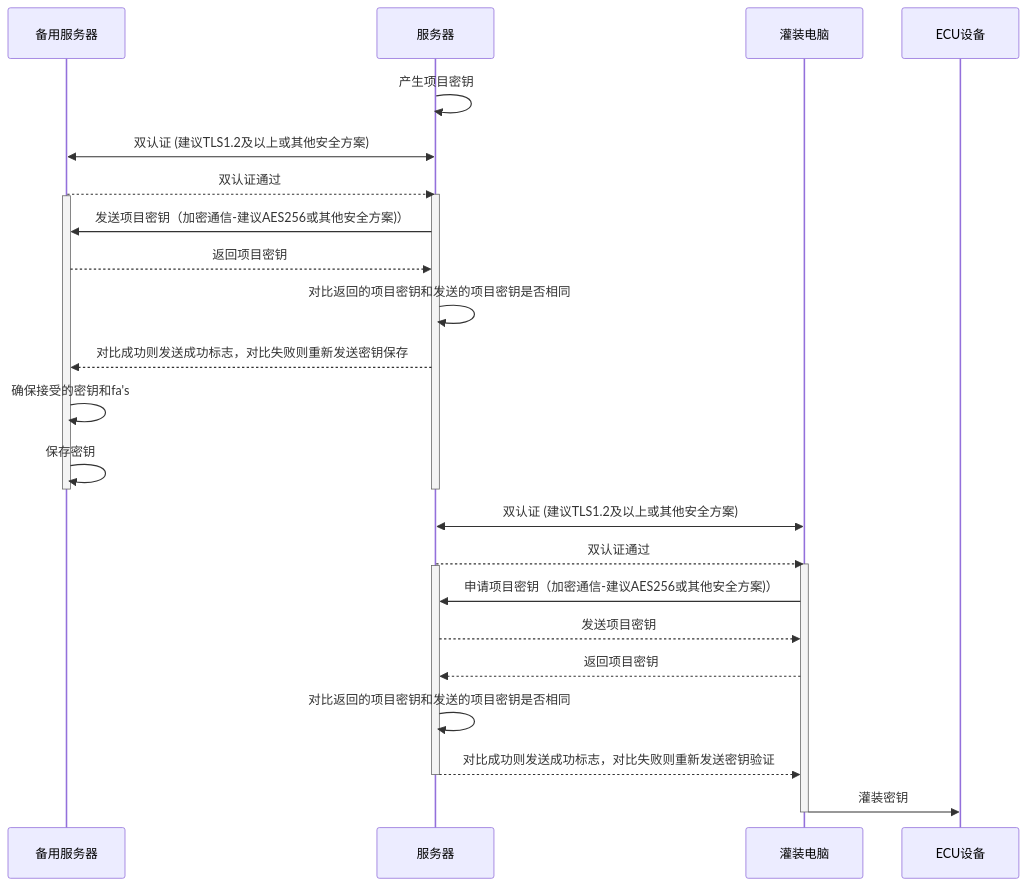
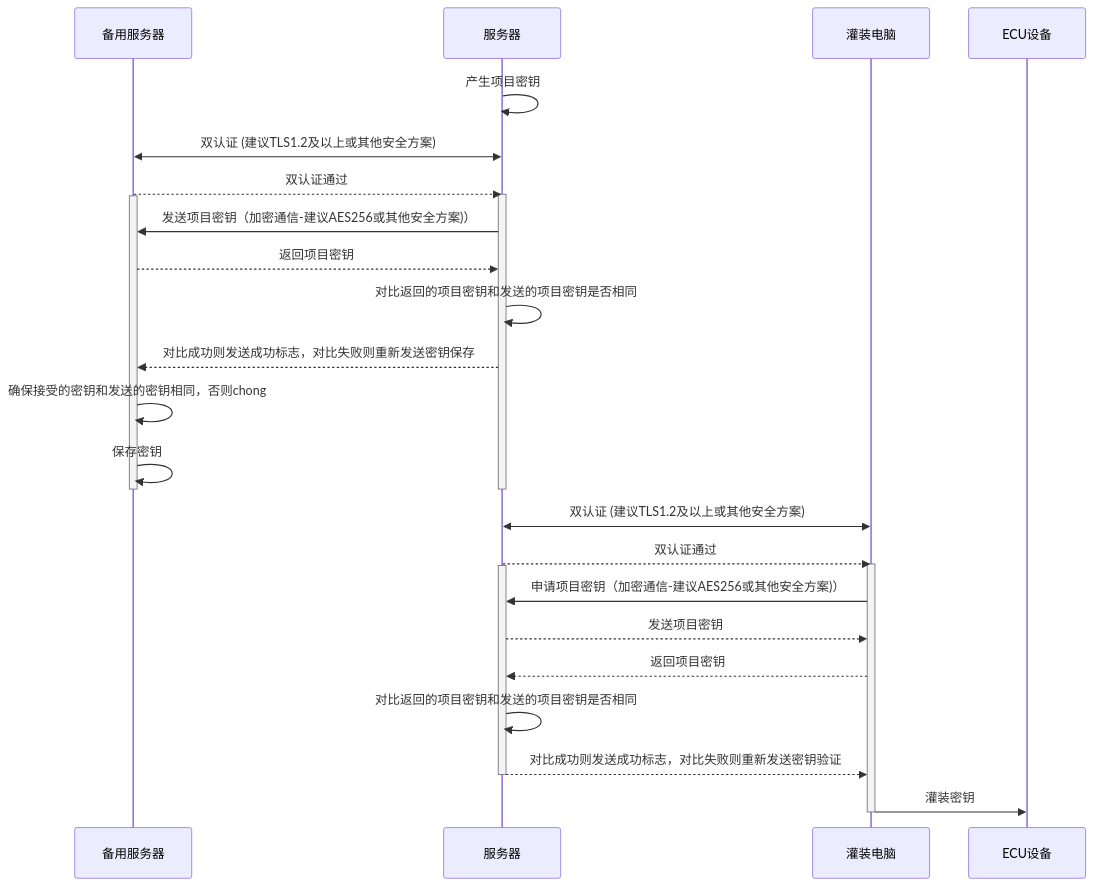
One commit to facebook-cloud/iodraw-files changed the diagram in all/未命名-10.md. Above: the diagram before and after it, drawn with Mermaid.

Commit message:
2026-01-23 13:41:37 update

````diff
--- a/all/未命名-10.md
+++ b/all/未命名-10.md
@@ -1,36 +1,36 @@
 ```mermaid
 sequenceDiagram
     participant B as 备用服务器
     participant A as 服务器
     participant C as 灌装电脑
     participant D as ECU设备
 
     A->>A: 产生项目密钥
     A<<->>B: 双认证 (建议TLS1.2及以上或其他安全方案)
     B-->>A: 双认证通过
     activate A
     activate B
     A->>B: 发送项目密钥（加密通信-建议AES256或其他安全方案)）
     B-->>A: 返回项目密钥
 
     A->>A: 对比返回的项目密钥和发送的项目密钥是否相同
     A-->>B: 对比成功则发送成功标志，对比失败则重新发送密钥保存
-    B->>B: 确保接受的密钥和fa's
+    B->>B: 确保接受的密钥和发送的密钥相同，否则chong
     B->>B: 保存密钥
     deactivate B
     deactivate A
 
     C<<->>A: 双认证 (建议TLS1.2及以上或其他安全方案)
     A-->>C: 双认证通过
     activate C
     activate A
     C->>A: 申请项目密钥（加密通信-建议AES256或其他安全方案)）
     A-->>C: 发送项目密钥
     C-->>A: 返回项目密钥
     A->>A: 对比返回的项目密钥和发送的项目密钥是否相同
     A-->>C: 对比成功则发送成功标志，对比失败则重新发送密钥验证
     deactivate A
     C->>D: 灌装密钥
     deactivate C
 
 ```
````
